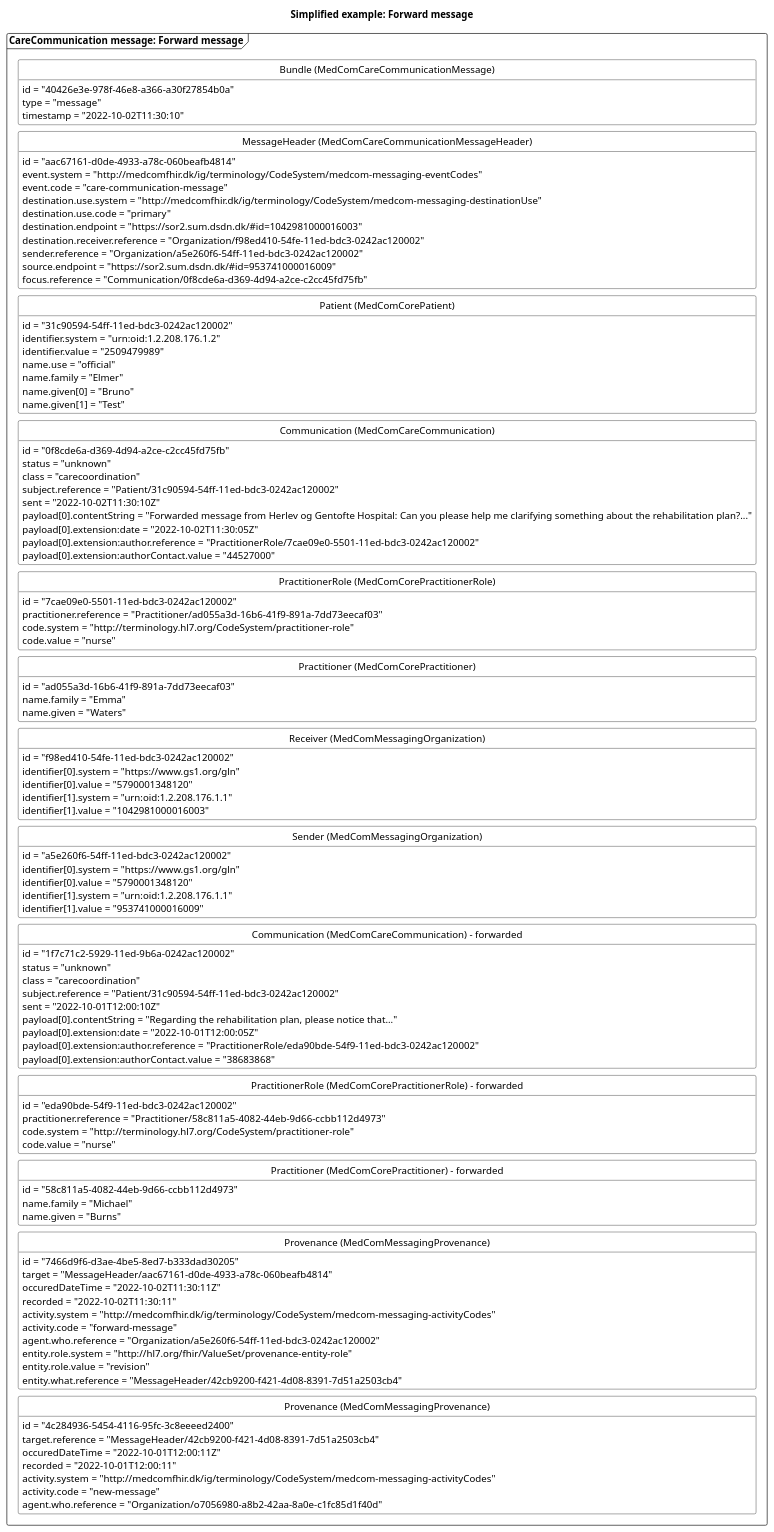
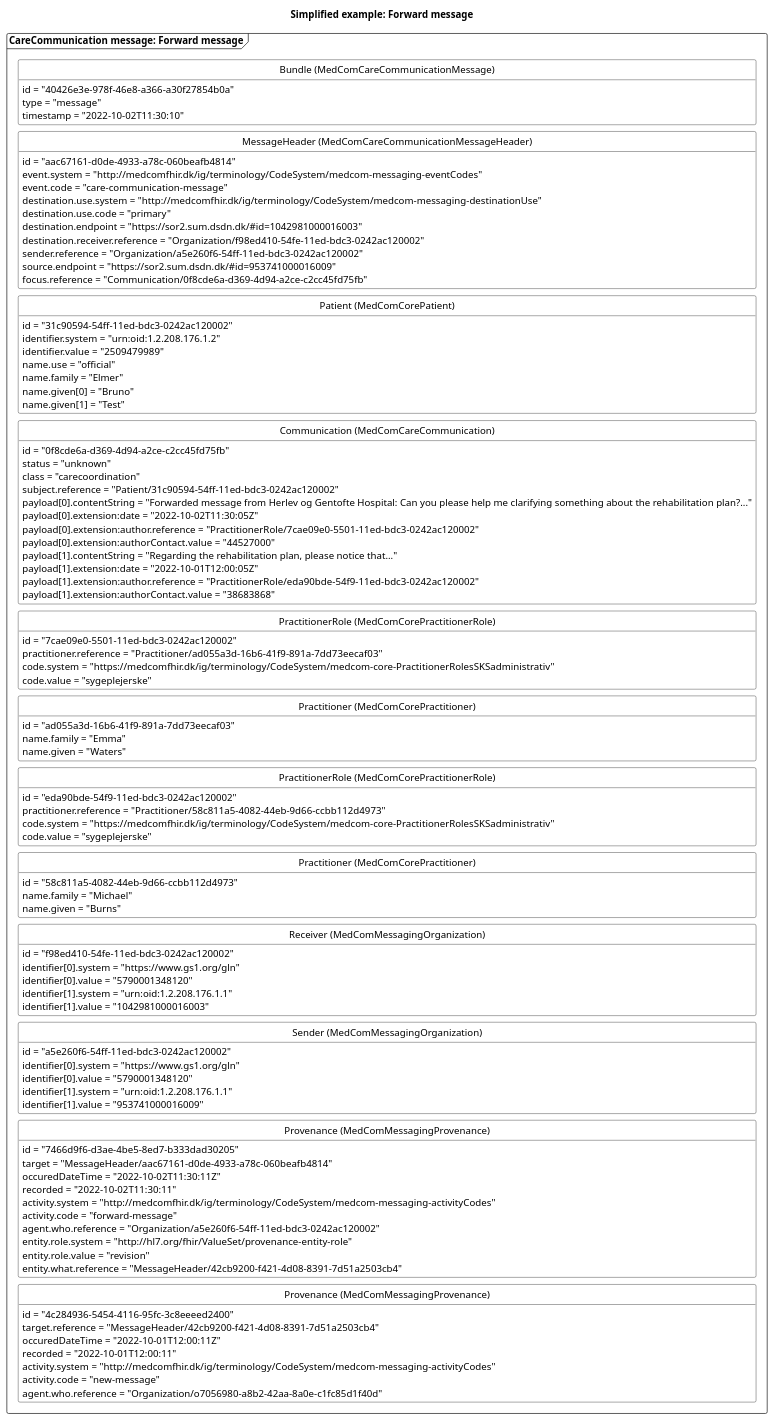
The diagram in puml/CareCommunicationForwardMessage.puml (medcomdk/dk-medcom-carecommunication), drawn with PlantUML before and after one commit. The commit also changed 22 other files, not shown here.

First line of the commit message:
CareCommunication updated

```diff
--- a/puml/CareCommunicationForwardMessage.puml
+++ b/puml/CareCommunicationForwardMessage.puml
@@ -1,140 +1,131 @@
 @startuml CCForwardMessage2
 
 'layout
 skinparam class {
     BackgroundColor White
     BorderColor Black
     ArrowColor Black
   }
 hide circle
 hide empty members
 skinparam SameClassWidth true
 skinparam Ranksep 10
 
 
 'title
 title Simplified example: Forward message
 
 'Message 1: Forward message
 package "CareCommunication message: Forward message" as forward <<Frame>>{
     class "Bundle (MedComCareCommunicationMessage)" as forwardB {
         id = "40426e3e-978f-46e8-a366-a30f27854b0a"
         type = "message"
         timestamp = "2022-10-02T11:30:10"
     }
     class "MessageHeader (MedComCareCommunicationMessageHeader)" as forwardMH{
         id = "aac67161-d0de-4933-a78c-060beafb4814"
         event.system = "http://medcomfhir.dk/ig/terminology/CodeSystem/medcom-messaging-eventCodes"
         event.code = "care-communication-message"
         destination.use.system = "http://medcomfhir.dk/ig/terminology/CodeSystem/medcom-messaging-destinationUse"
         destination.use.code = "primary"
         destination.endpoint = "https://sor2.sum.dsdn.dk/#id=1042981000016003"
         destination.receiver.reference = "Organization/f98ed410-54fe-11ed-bdc3-0242ac120002"
         sender.reference = "Organization/a5e260f6-54ff-11ed-bdc3-0242ac120002"
         source.endpoint = "https://sor2.sum.dsdn.dk/#id=953741000016009"
         focus.reference = "Communication/0f8cde6a-d369-4d94-a2ce-c2cc45fd75fb"
     }
     class "Patient (MedComCorePatient)" as forwardPT{
         id = "31c90594-54ff-11ed-bdc3-0242ac120002"
         identifier.system = "urn:oid:1.2.208.176.1.2"
         identifier.value = "2509479989"
         name.use = "official"
         name.family = "Elmer"
         name.given[0] = "Bruno"
         name.given[1] = "Test"
     }
     class "Communication (MedComCareCommunication)" as forwardCom{
         id = "0f8cde6a-d369-4d94-a2ce-c2cc45fd75fb"
         status = "unknown"
         class = "carecoordination"
         subject.reference = "Patient/31c90594-54ff-11ed-bdc3-0242ac120002"
-        sent = "2022-10-02T11:30:10Z"
         payload[0].contentString = "Forwarded message from Herlev og Gentofte Hospital: Can you please help me clarifying something about the rehabilitation plan?..."
         payload[0].extension:date = "2022-10-02T11:30:05Z"
         payload[0].extension:author.reference = "PractitionerRole/7cae09e0-5501-11ed-bdc3-0242ac120002"
         payload[0].extension:authorContact.value = "44527000"
+        payload[1].contentString = "Regarding the rehabilitation plan, please notice that..."
+        payload[1].extension:date = "2022-10-01T12:00:05Z"
+        payload[1].extension:author.reference = "PractitionerRole/eda90bde-54f9-11ed-bdc3-0242ac120002"
+        payload[1].extension:authorContact.value = "38683868"
     }
     class "PractitionerRole (MedComCorePractitionerRole)" as forwardPracR{
         id = "7cae09e0-5501-11ed-bdc3-0242ac120002"
         practitioner.reference = "Practitioner/ad055a3d-16b6-41f9-891a-7dd73eecaf03"
-        code.system = "http://terminology.hl7.org/CodeSystem/practitioner-role"
-        code.value = "nurse"
+        code.system = "https://medcomfhir.dk/ig/terminology/CodeSystem/medcom-core-PractitionerRolesSKSadministrativ"
+        code.value = "sygeplejerske"
     }
     class "Practitioner (MedComCorePractitioner)" as forwardPrac{
         id = "ad055a3d-16b6-41f9-891a-7dd73eecaf03"
         name.family = "Emma"
         name.given = "Waters"
+    }
+    class "PractitionerRole (MedComCorePractitionerRole)" as newPracR{
+        id = "eda90bde-54f9-11ed-bdc3-0242ac120002"
+        practitioner.reference = "Practitioner/58c811a5-4082-44eb-9d66-ccbb112d4973"
+        code.system = "https://medcomfhir.dk/ig/terminology/CodeSystem/medcom-core-PractitionerRolesSKSadministrativ"
+        code.value = "sygeplejerske"
+    }
+    class "Practitioner (MedComCorePractitioner)" as newPrac{
+        id = "58c811a5-4082-44eb-9d66-ccbb112d4973"
+        name.family = "Michael"
+        name.given = "Burns"
     }
     class "Receiver (MedComMessagingOrganization)" as forwardROrg{
         id = "f98ed410-54fe-11ed-bdc3-0242ac120002"
         identifier[0].system = "https://www.gs1.org/gln"
         identifier[0].value = "5790001348120"
         identifier[1].system = "urn:oid:1.2.208.176.1.1"
         identifier[1].value = "1042981000016003"
     }
     class "Sender (MedComMessagingOrganization)" as forwardSOrg{
         id = "a5e260f6-54ff-11ed-bdc3-0242ac120002"
         identifier[0].system = "https://www.gs1.org/gln"
         identifier[0].value = "5790001348120"
         identifier[1].system = "urn:oid:1.2.208.176.1.1"
         identifier[1].value = "953741000016009"
-    }
-    class "Communication (MedComCareCommunication) - forwarded" as newCom{
-        id = "1f7c71c2-5929-11ed-9b6a-0242ac120002"
-        status = "unknown"
-        class = "carecoordination"
-        subject.reference = "Patient/31c90594-54ff-11ed-bdc3-0242ac120002"
-        sent = "2022-10-01T12:00:10Z"
-        payload[0].contentString = "Regarding the rehabilitation plan, please notice that..."
-        payload[0].extension:date = "2022-10-01T12:00:05Z"
-        payload[0].extension:author.reference = "PractitionerRole/eda90bde-54f9-11ed-bdc3-0242ac120002"
-        payload[0].extension:authorContact.value = "38683868"
-    }
-    class "PractitionerRole (MedComCorePractitionerRole) - forwarded" as newPracR{
-        id = "eda90bde-54f9-11ed-bdc3-0242ac120002"
-        practitioner.reference = "Practitioner/58c811a5-4082-44eb-9d66-ccbb112d4973"
-        code.system = "http://terminology.hl7.org/CodeSystem/practitioner-role"
-        code.value = "nurse"
-    }
-    class "Practitioner (MedComCorePractitioner) - forwarded" as newPrac{
-        id = "58c811a5-4082-44eb-9d66-ccbb112d4973"
-        name.family = "Michael"
-        name.given = "Burns"
     }
     class "Provenance (MedComMessagingProvenance)" as forwardPRO{
         id = "7466d9f6-d3ae-4be5-8ed7-b333dad30205"
         target = "MessageHeader/aac67161-d0de-4933-a78c-060beafb4814"
         occuredDateTime = "2022-10-02T11:30:11Z"
         recorded = "2022-10-02T11:30:11"
         activity.system = "http://medcomfhir.dk/ig/terminology/CodeSystem/medcom-messaging-activityCodes"
         activity.code = "forward-message"
         agent.who.reference = "Organization/a5e260f6-54ff-11ed-bdc3-0242ac120002"
         entity.role.system = "http://hl7.org/fhir/ValueSet/provenance-entity-role"
         entity.role.value = "revision"
         entity.what.reference = "MessageHeader/42cb9200-f421-4d08-8391-7d51a2503cb4"
     }
     class "Provenance (MedComMessagingProvenance)" as newPRO{
         id = "4c284936-5454-4116-95fc-3c8eeeed2400"
         target.reference = "MessageHeader/42cb9200-f421-4d08-8391-7d51a2503cb4"
         occuredDateTime = "2022-10-01T12:00:11Z"
         recorded = "2022-10-01T12:00:11"
         activity.system = "http://medcomfhir.dk/ig/terminology/CodeSystem/medcom-messaging-activityCodes"
         activity.code = "new-message"
         agent.who.reference = "Organization/o7056980-a8b2-42aa-8a0e-c1fc85d1f40d"
     }
 
 forwardB -[hidden]- forwardMH
 forwardMH -[hidden]-forwardPT
 forwardPT-[hidden]-forwardCom
 forwardCom -[hidden]-forwardPracR
 forwardPracR-[hidden]-forwardPrac
-forwardPrac-[hidden]-forwardROrg
+forwardPrac-[hidden]-newPracR
+newPracR-[hidden]-newPrac
+newPrac-[hidden]-forwardROrg
 forwardROrg-[hidden]- forwardSOrg
-forwardSOrg-[hidden]-newCom
-newCom-[hidden]-newPracR
-newPracR-[hidden]-newPrac
-newPrac-[hidden]-forwardPRO
+forwardSOrg-[hidden]-forwardPRO
 forwardPRO-[hidden]-newPRO
 
 
 @enduml
```
